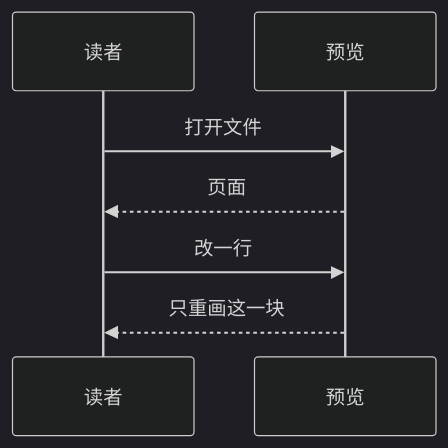
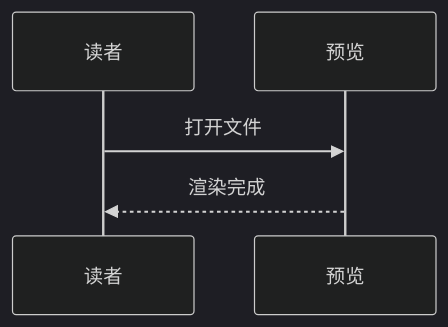
The third of 29 diagrams in examples/all-syntax.markdown (emacs-taf/etaf-md), drawn with Mermaid (dark theme) before and after one commit. The commit also changed other lines of this file and 1 other file, not shown here.

````diff
--- a/examples/all-syntax.markdown
+++ b/examples/all-syntax.markdown
@@ -846,9 +558,7 @@
 ```mermaid
 sequenceDiagram
   participant U as 读者
-  participant V as 预览
-  U->>V: 打开文件
-  V-->>U: 页面
-  U->>V: 改一行
-  V-->>U: 只重画这一块
+  participant P as 预览
+  U->>P: 打开文件
+  P-->>U: 渲染完成
 ```
````
